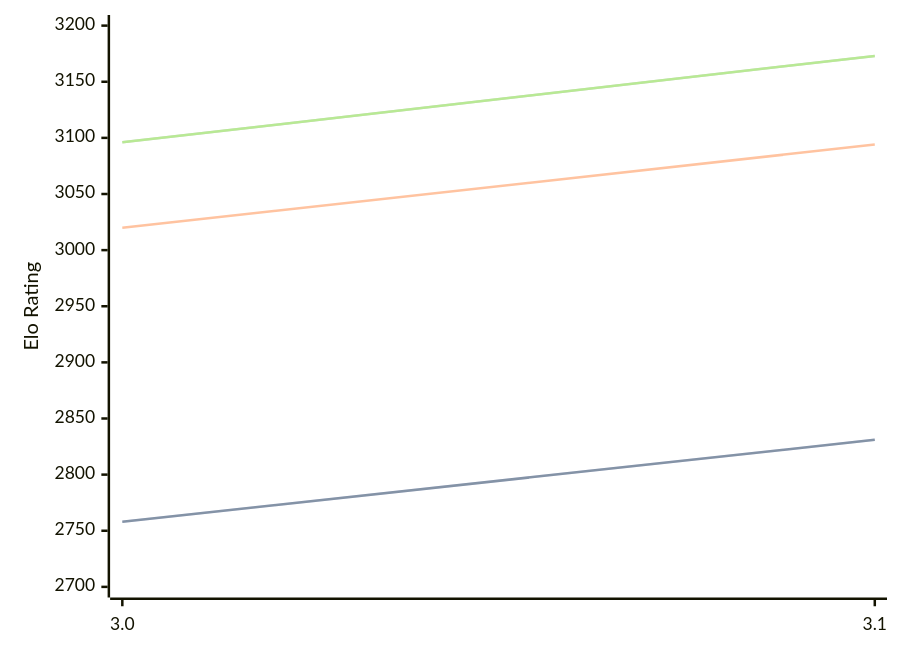
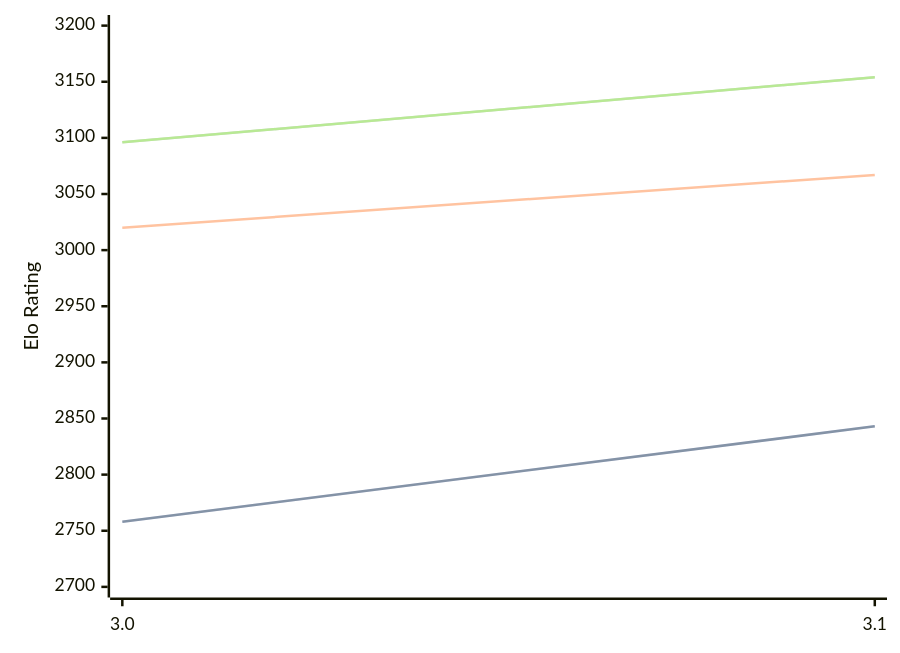
Before and after one commit to computer-chess-index/cci: the diagram in engines/Vajolet2.md, drawn with Mermaid. The commit also changed other lines of this file, not shown here.

Commit message:
Update CCI Ratings (ELO VLTC) - 2026-04-05

````diff
--- a/engines/Vajolet2.md
+++ b/engines/Vajolet2.md
@@ -40,11 +40,11 @@
 ```mermaid
 %%{init: {"theme":"base","themeVariables":{"seriesColors:['#a3a3a3','#222221','#faa371']}}}%%
 xychart-beta
   x-axis ["3.0", "3.1"]
   y-axis "Elo Rating" 2700 --> 3200
-  line "STC (8.0+0.08s)" [2758, 2831]
-  line "STC (8.0+0.08s)" [2758, 2831]
-  line "LTC (60.0+0.60s)" [3020, 3094]
-  line "VLTC (2m24s+1.12s)" [3096, 3173]
-  line "VLTC (2m24s+1.12s)" [3096, 3173]
+  line "STC (8.0+0.08s)" [2758, 2843]
+  line "STC (8.0+0.08s)" [2758, 2843]
+  line "LTC (60.0+0.60s)" [3020, 3067]
+  line "VLTC (2m24s+1.12s)" [3096, 3154]
+  line "VLTC (2m24s+1.12s)" [3096, 3154]
 ```
````
